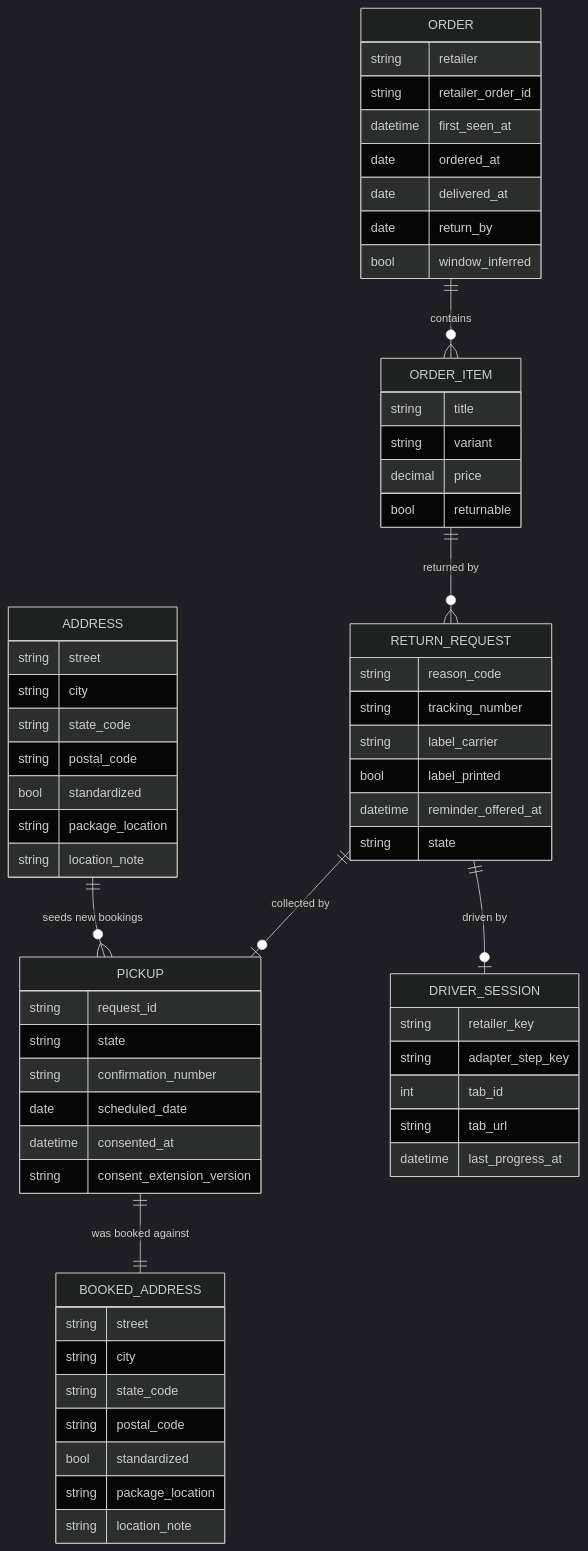
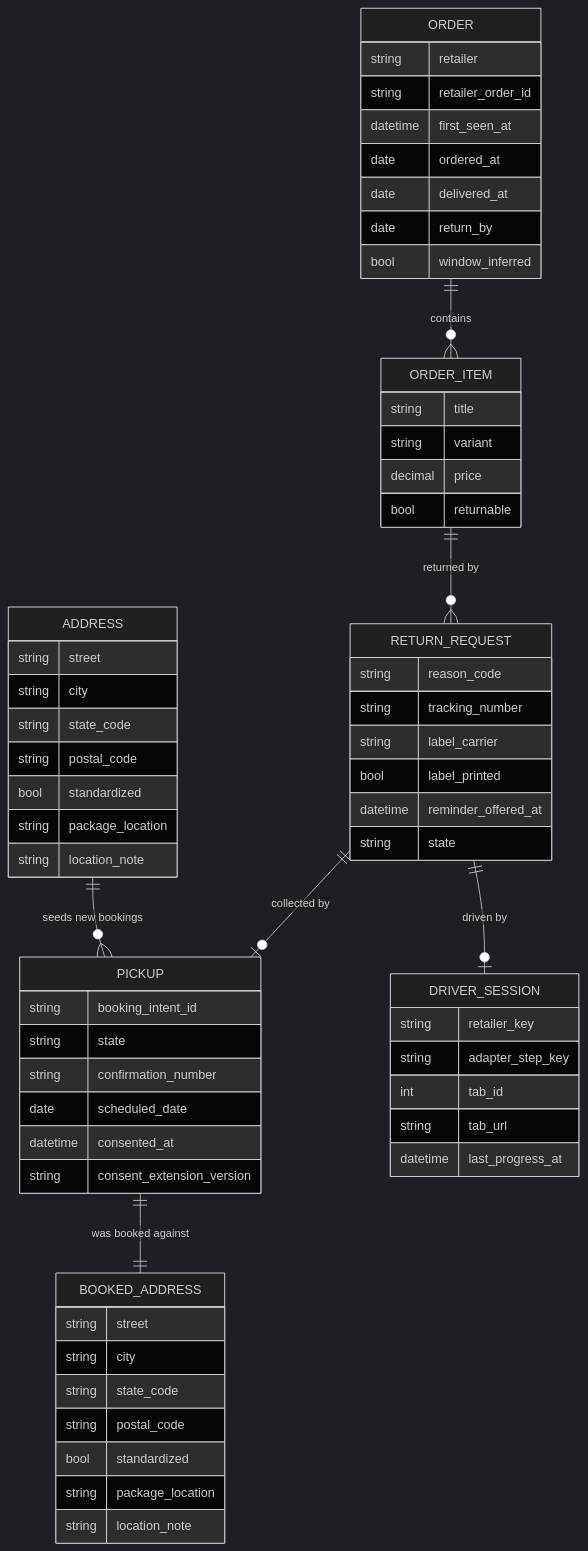
Before and after one commit to jacklvd/boomerang: the second of 8 diagrams in design/boomerang-high-level-design.md, drawn with Mermaid (dark theme). The commit also changed other lines of this file and 3 other files, not shown here.

````diff
--- a/design/boomerang-high-level-design.md
+++ b/design/boomerang-high-level-design.md
@@ -204,66 +204,66 @@
 ```mermaid
 erDiagram
     ORDER ||--o{ ORDER_ITEM : "contains"
     ORDER_ITEM ||--o{ RETURN_REQUEST : "returned by"
     RETURN_REQUEST ||--o| PICKUP : "collected by"
     RETURN_REQUEST ||--o| DRIVER_SESSION : "driven by"
     ADDRESS ||--o{ PICKUP : "seeds new bookings"
     PICKUP ||--|| BOOKED_ADDRESS : "was booked against"
 
     ORDER {
         string retailer
         string retailer_order_id
         datetime first_seen_at
         date ordered_at
         date delivered_at
         date return_by
         bool window_inferred
     }
     ORDER_ITEM {
         string title
         string variant
         decimal price
         bool returnable
     }
     RETURN_REQUEST {
         string reason_code
         string tracking_number
         string label_carrier
         bool label_printed
         datetime reminder_offered_at
         string state
     }
     PICKUP {
-        string request_id
+        string booking_intent_id
         string state
         string confirmation_number
         date scheduled_date
         datetime consented_at
         string consent_extension_version
     }
     DRIVER_SESSION {
         string retailer_key
         string adapter_step_key
         int tab_id
         string tab_url
         datetime last_progress_at
     }
     BOOKED_ADDRESS {
         string street
         string city
         string state_code
         string postal_code
         bool standardized
         string package_location
         string location_note
     }
     ADDRESS {
         string street
         string city
         string state_code
         string postal_code
         bool standardized
         string package_location
         string location_note
     }
 ```
````
